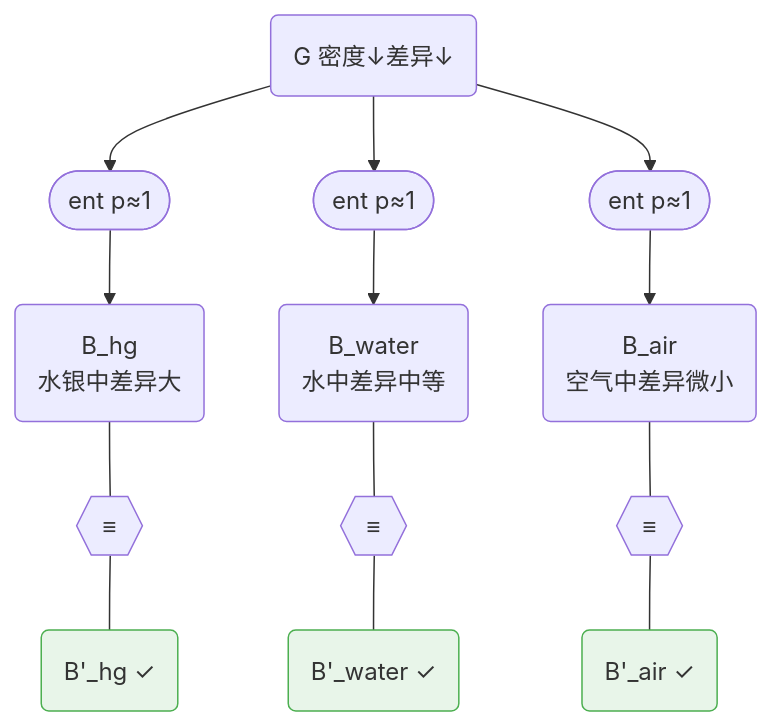
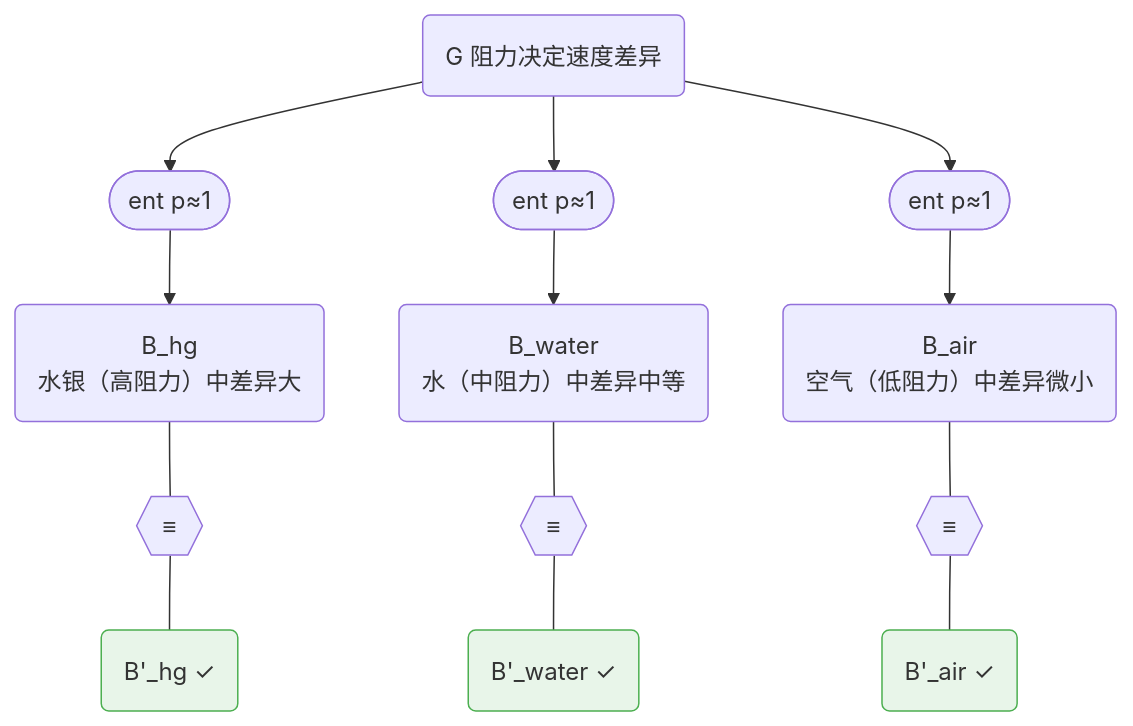
Before and after one commit to newtontech/Gaia: the sixth of 9 diagrams in docs/foundations/theory/science-formalization.md, drawn with Mermaid. The commit also changed other lines of this file, not shown here.

````diff
--- a/docs/foundations/theory/science-formalization.md
+++ b/docs/foundations/theory/science-formalization.md
@@ -307,11 +293,11 @@
 ```mermaid
 graph TD
-    G("G 密度↓差异↓") --> f1(["ent p≈1"]) --> Bhg("B_hg<br/>水银中差异大")
-    G --> f2(["ent p≈1"]) --> Bw("B_water<br/>水中差异中等")
-    G --> f3(["ent p≈1"]) --> Ba("B_air<br/>空气中差异微小")
+    G("G 阻力决定速度差异") --> f1(["ent p≈1"]) --> Bhg("B_hg<br/>水银（高阻力）中差异大")
+    G --> f2(["ent p≈1"]) --> Bw("B_water<br/>水（中阻力）中差异中等")
+    G --> f3(["ent p≈1"]) --> Ba("B_air<br/>空气（低阻力）中差异微小")
     Bhg --- eq1{{"≡"}} --- Bphg("B'_hg ✓"):::obs
     Bw --- eq2{{"≡"}} --- Bpw("B'_water ✓"):::obs
     Ba --- eq3{{"≡"}} --- Bpa("B'_air ✓"):::obs
 
     classDef obs fill:#e8f5e9,stroke:#4caf50
 ```
````
